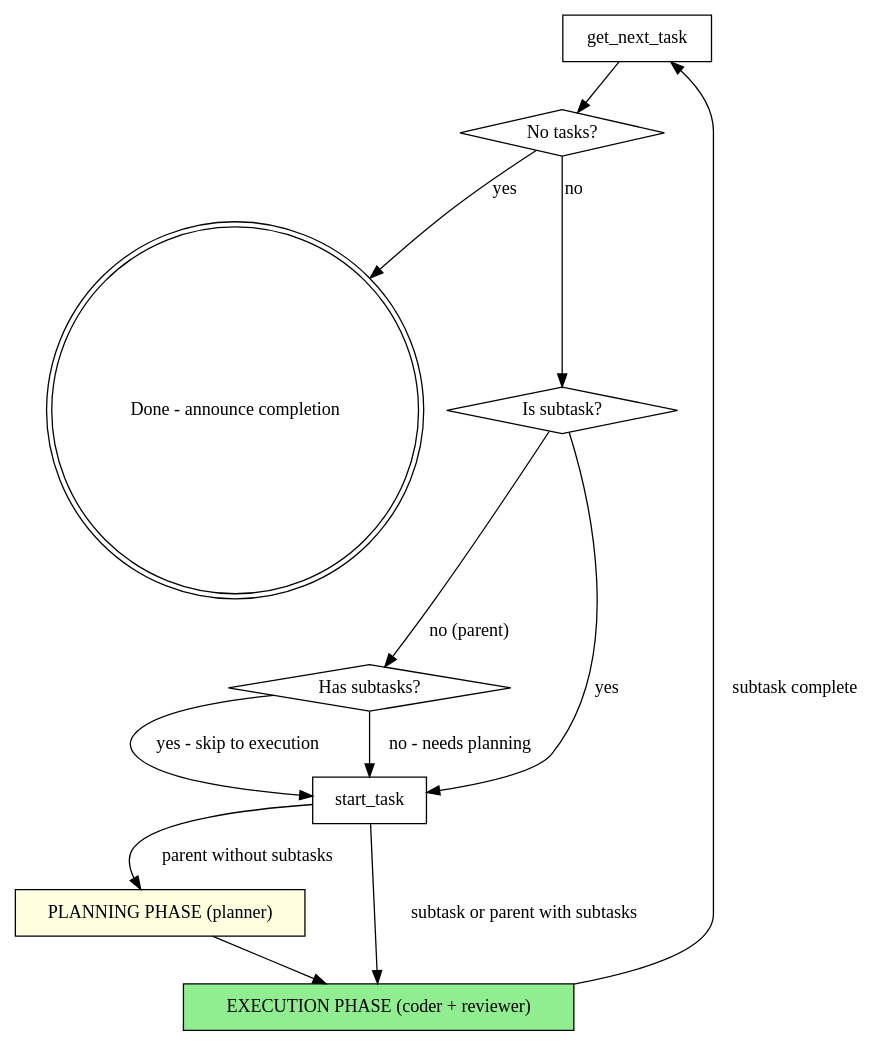
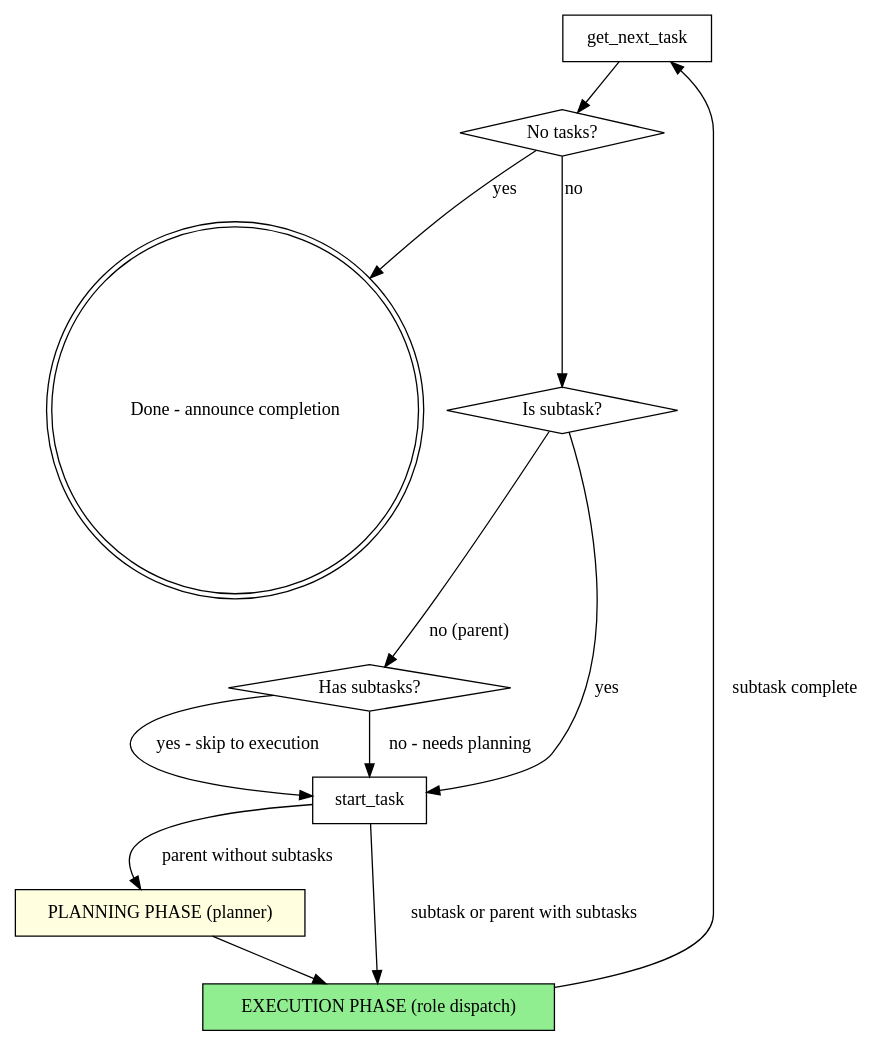
The diagram in skills/superpowers-workflow/SKILL.md (gpayer/mcp-task-manager), drawn with Graphviz before and after one commit. The commit also changed other lines of this file and 6 other files, not shown here.

````diff
--- a/skills/superpowers-workflow/SKILL.md
+++ b/skills/superpowers-workflow/SKILL.md
@@ -54,26 +56,26 @@
 ```dot
 digraph workflow {
     rankdir=TB;
 
     "get_next_task" [shape=box];
     "No tasks?" [shape=diamond];
     "Done - announce completion" [shape=doublecircle];
     "Is subtask?" [shape=diamond];
     "Has subtasks?" [shape=diamond];
     "start_task" [shape=box];
     "PLANNING PHASE (planner)" [shape=box style=filled fillcolor=lightyellow];
-    "EXECUTION PHASE (coder + reviewer)" [shape=box style=filled fillcolor=lightgreen];
+    "EXECUTION PHASE (role dispatch)" [shape=box style=filled fillcolor=lightgreen];
 
     "get_next_task" -> "No tasks?";
     "No tasks?" -> "Done - announce completion" [label="yes"];
     "No tasks?" -> "Is subtask?" [label="no"];
     "Is subtask?" -> "start_task" [label="yes"];
     "Is subtask?" -> "Has subtasks?" [label="no (parent)"];
     "Has subtasks?" -> "start_task" [label="yes - skip to execution"];
     "Has subtasks?" -> "start_task" [label="no - needs planning"];
     "start_task" -> "PLANNING PHASE (planner)" [label="parent without subtasks"];
-    "start_task" -> "EXECUTION PHASE (coder + reviewer)" [label="subtask or parent with subtasks"];
-    "PLANNING PHASE (planner)" -> "EXECUTION PHASE (coder + reviewer)";
-    "EXECUTION PHASE (coder + reviewer)" -> "get_next_task" [label="subtask complete"];
+    "start_task" -> "EXECUTION PHASE (role dispatch)" [label="subtask or parent with subtasks"];
+    "PLANNING PHASE (planner)" -> "EXECUTION PHASE (role dispatch)";
+    "EXECUTION PHASE (role dispatch)" -> "get_next_task" [label="subtask complete"];
 }
 ```
````
